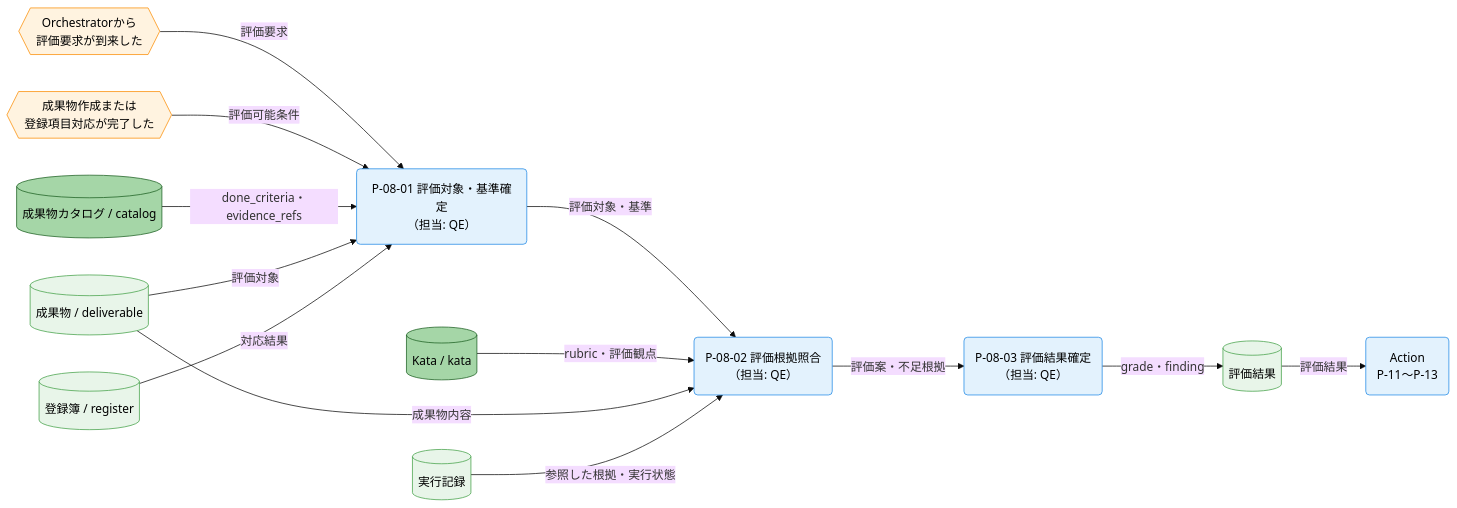
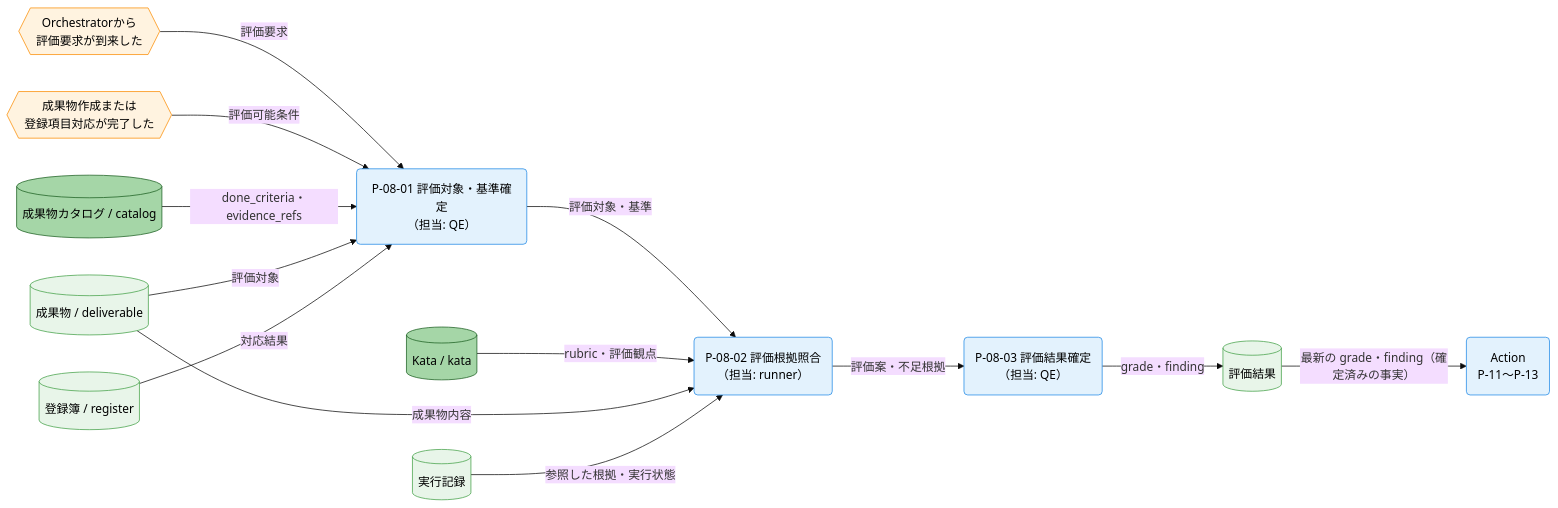
Before and after one commit to specdojo/specdojo: the first of 3 diagrams in docs/ja/product/010-business-specs/010-data-flow/cdfd-check.md, drawn with Mermaid (base theme). The commit also changed other lines of this file and 6 other files, not shown here.

Commit message:
exec(register PJR-XZEQ): cdfd-overview と cdfd-check と cdfd-action へ grade と review の関係を反映する

````diff
--- a/docs/ja/product/010-business-specs/010-data-flow/cdfd-check.md
+++ b/docs/ja/product/010-business-specs/010-data-flow/cdfd-check.md
@@ -162,38 +162,38 @@
 ```mermaid
 flowchart LR
   classDef process fill:#e3f2fd,stroke:#1e88e5,color:#000
   classDef event fill:#fff3e0,stroke:#fb8c00,color:#000
   classDef storeMaster fill:#a5d6a7,stroke:#1b5e20,color:#000
   classDef storeTransaction fill:#e8f5e9,stroke:#43a047,color:#000
 
   評価要求{{"Orchestratorから<br>評価要求が到来した"}}
   評価可能{{"成果物作成または<br>登録項目対応が完了した"}}
   評価対象基準確定("P-08-01 評価対象・基準確定<br>（担当: QE）")
-  評価根拠照合("P-08-02 評価根拠照合<br>（担当: QE）")
+  評価根拠照合("P-08-02 評価根拠照合<br>（担当: runner）")
   評価結果確定("P-08-03 評価結果確定<br>（担当: QE）")
   Kata[("Kata / kata")]
   成果物カタログ[("成果物カタログ / catalog")]
   成果物[("成果物 / deliverable")]
   登録簿[("登録簿 / register")]
   実行記録[("実行記録")]
   評価結果[("評価結果")]
   Action("Action<br>P-11〜P-13")
 
   評価要求 -->|"評価要求"| 評価対象基準確定
   評価可能 -->|"評価可能条件"| 評価対象基準確定
   成果物カタログ -->|"done_criteria・evidence_refs"| 評価対象基準確定
   成果物 -->|"評価対象"| 評価対象基準確定
   登録簿 -->|"対応結果"| 評価対象基準確定
   評価対象基準確定 -->|"評価対象・基準"| 評価根拠照合
   Kata -->|"rubric・評価観点"| 評価根拠照合
   成果物 -->|"成果物内容"| 評価根拠照合
   実行記録 -->|"参照した根拠・実行状態"| 評価根拠照合
   評価根拠照合 -->|"評価案・不足根拠"| 評価結果確定
   評価結果確定 -->|"grade・finding"| 評価結果
-  評価結果 -->|"評価結果"| Action
+  評価結果 -->|"最新の grade・finding（確定済みの事実）"| Action
 
   class 評価対象基準確定,評価根拠照合,評価結果確定,Action process
   class 評価要求,評価可能 event
   class Kata,成果物カタログ storeMaster
   class 成果物,登録簿,実行記録,評価結果 storeTransaction
 ```
````
